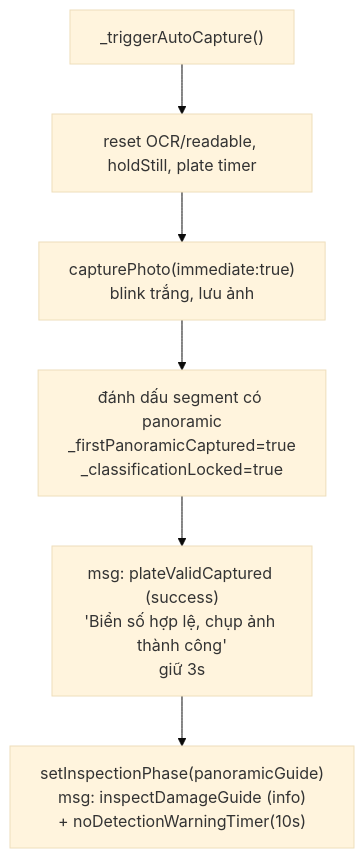
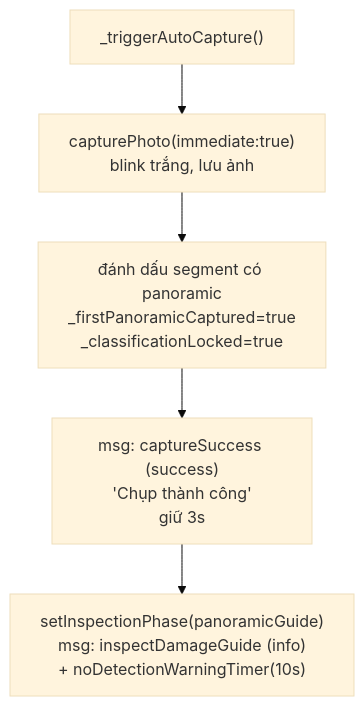
One commit to Aicycle-Insurance/aicycle_on_device changed the fourth of 9 diagrams in CAMERA_CONTROLLER.md. Above: the diagram before and after it, drawn with Mermaid (base theme). The commit also changed other lines of this file and 19 other files, not shown here.

````diff
--- a/CAMERA_CONTROLLER.md
+++ b/CAMERA_CONTROLLER.md
@@ -77,8 +76,7 @@
 ```mermaid
 flowchart TD
-    T0["_triggerAutoCapture()"] --> T1["reset OCR/readable, holdStill, plate timer"]
-    T1 --> T2["capturePhoto(immediate:true)<br/>blink trắng, lưu ảnh"]
+    T0["_triggerAutoCapture()"] --> T2["capturePhoto(immediate:true)<br/>blink trắng, lưu ảnh"]
     T2 --> T3["đánh dấu segment có panoramic<br/>_firstPanoramicCaptured=true<br/>_classificationLocked=true"]
-    T3 --> T4["msg: plateValidCaptured (success)<br/>'Biển số hợp lệ, chụp ảnh thành công'<br/>giữ 3s"]
+    T3 --> T4["msg: captureSuccess (success)<br/>'Chụp thành công'<br/>giữ 3s"]
     T4 --> T5["setInspectionPhase(panoramicGuide)<br/>msg: inspectDamageGuide (info)<br/>+ noDetectionWarningTimer(10s)"]
 ```
````
